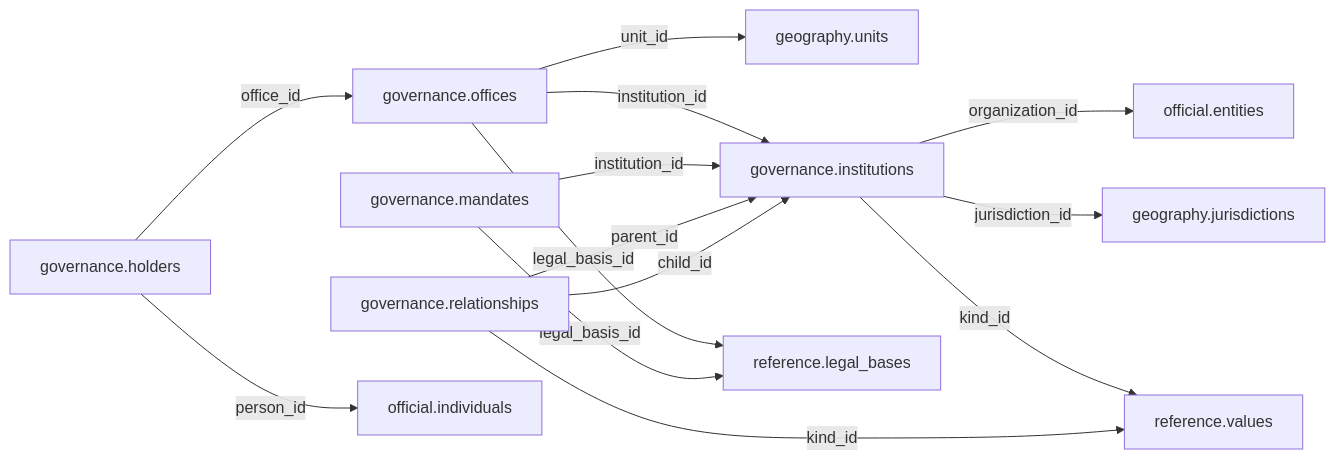
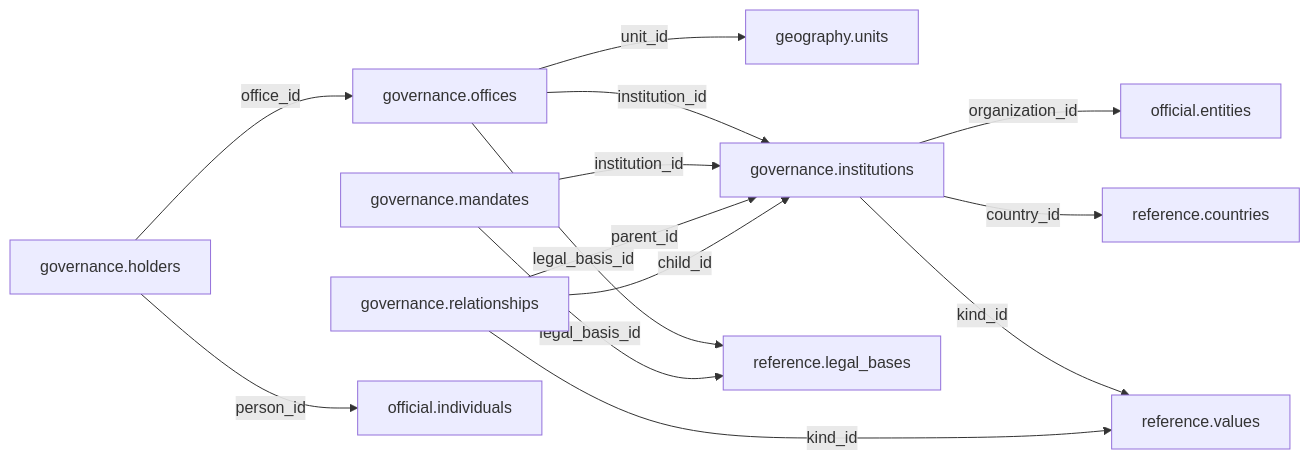
One commit to alidantech-org/mzizi.africa changed the diagram in .docs/_plan/schema-redesign/mzizi-db/phase-01/governance.md. Above: the diagram before and after it, drawn with Mermaid. The commit also changed other lines of this file and 123 other files, not shown here.

````diff
--- a/.docs/_plan/schema-redesign/mzizi-db/phase-01/governance.md
+++ b/.docs/_plan/schema-redesign/mzizi-db/phase-01/governance.md
@@ -53,27 +53,27 @@
 ```mermaid
 flowchart LR
-  geography_jurisdictions["geography.jurisdictions"]
+  reference_countries["reference.countries"]
   geography_units["geography.units"]
   governance_holders["governance.holders"]
   governance_institutions["governance.institutions"]
   governance_mandates["governance.mandates"]
   governance_offices["governance.offices"]
   governance_relationships["governance.relationships"]
   reference_legal_bases["reference.legal_bases"]
   official_entities["official.entities"]
   official_individuals["official.individuals"]
   reference_values["reference.values"]
   governance_institutions -->|organization_id| official_entities
-  governance_institutions -->|jurisdiction_id| geography_jurisdictions
+  governance_institutions -->|country_id| reference_countries
   governance_institutions -->|kind_id| reference_values
   governance_offices -->|institution_id| governance_institutions
   governance_offices -->|unit_id| geography_units
   governance_offices -->|legal_basis_id| reference_legal_bases
   governance_holders -->|office_id| governance_offices
   governance_holders -->|person_id| official_individuals
   governance_mandates -->|institution_id| governance_institutions
   governance_mandates -->|legal_basis_id| reference_legal_bases
   governance_relationships -->|parent_id| governance_institutions
   governance_relationships -->|child_id| governance_institutions
   governance_relationships -->|kind_id| reference_values
 ```
````
